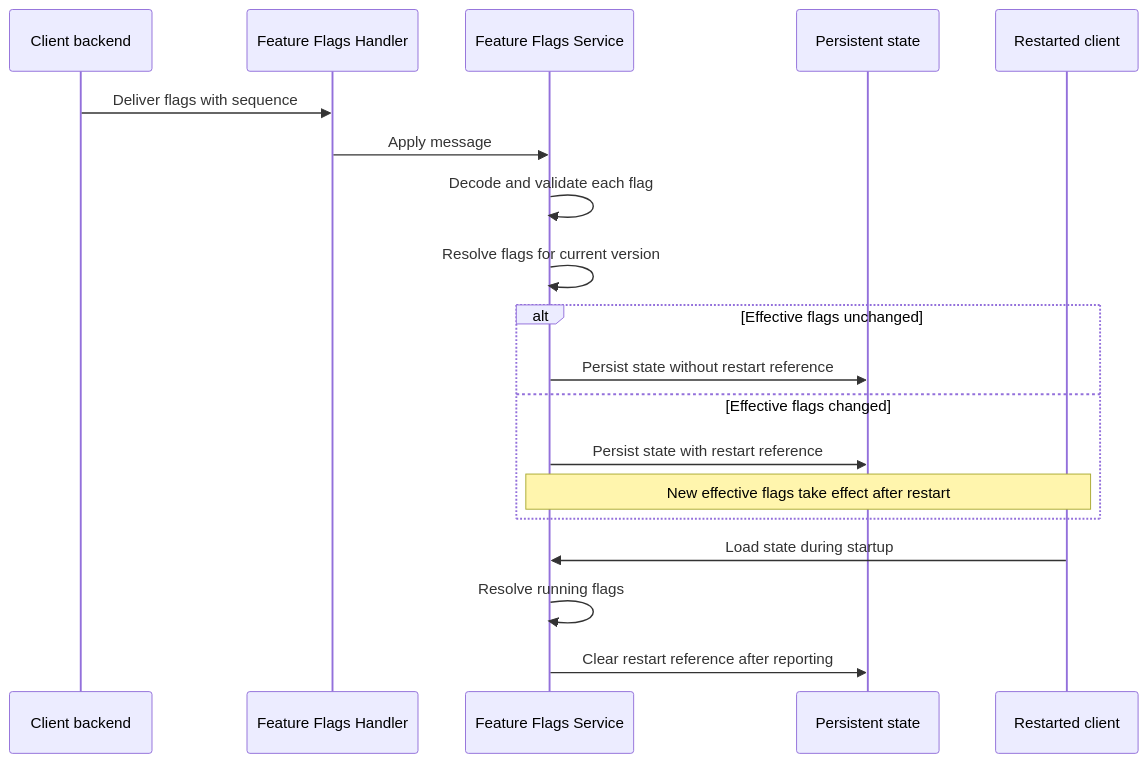
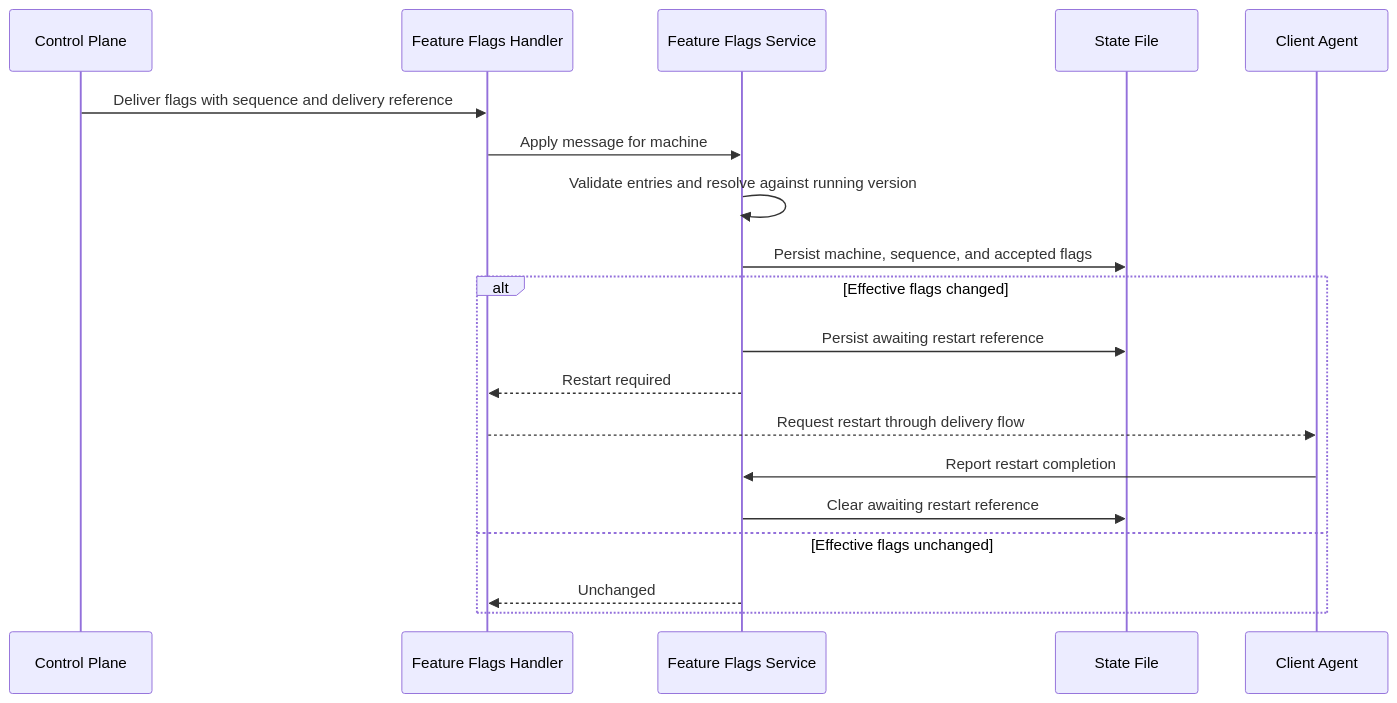
One commit to flamingo-stack/openframe-oss-tenant changed the third of 4 diagrams in docs/reference/architecture/openframe-client-core/model-feature-flags/model-feature-flags.md. Above: the diagram before and after it, drawn with Mermaid. The commit also changed other lines of this file and 2377 other files, not shown here.

````diff
--- a/docs/reference/architecture/openframe-client-core/model-feature-flags/model-feature-flags.md
+++ b/docs/reference/architecture/openframe-client-core/model-feature-flags/model-feature-flags.md
@@ -139,21 +110,21 @@
 ```mermaid
 sequenceDiagram
-    participant Backend as Client backend
-    participant Handler as Feature Flags Handler
-    participant Service as Feature Flags Service
-    participant Disk as Persistent state
-    participant Client as Restarted client
-    Backend->>Handler: Deliver flags with sequence
-    Handler->>Service: Apply message
-    Service->>Service: Decode and validate each flag
-    Service->>Service: Resolve flags for current version
-    alt Effective flags unchanged
-        Service->>Disk: Persist state without restart reference
-    else Effective flags changed
-        Service->>Disk: Persist state with restart reference
-        Note over Service,Client: New effective flags take effect after restart
+    participant CP as Control Plane
+    participant H as Feature Flags Handler
+    participant S as Feature Flags Service
+    participant F as State File
+    participant A as Client Agent
+    CP->>H: Deliver flags with sequence and delivery reference
+    H->>S: Apply message for machine
+    S->>S: Validate entries and resolve against running version
+    S->>F: Persist machine, sequence, and accepted flags
+    alt Effective flags changed
+        S->>F: Persist awaiting restart reference
+        S-->>H: Restart required
+        H-->>A: Request restart through delivery flow
+        A->>S: Report restart completion
+        S->>F: Clear awaiting restart reference
+    else Effective flags unchanged
+        S-->>H: Unchanged
     end
-    Client->>Service: Load state during startup
-    Service->>Service: Resolve running flags
-    Service->>Disk: Clear restart reference after reporting
 ```
````
